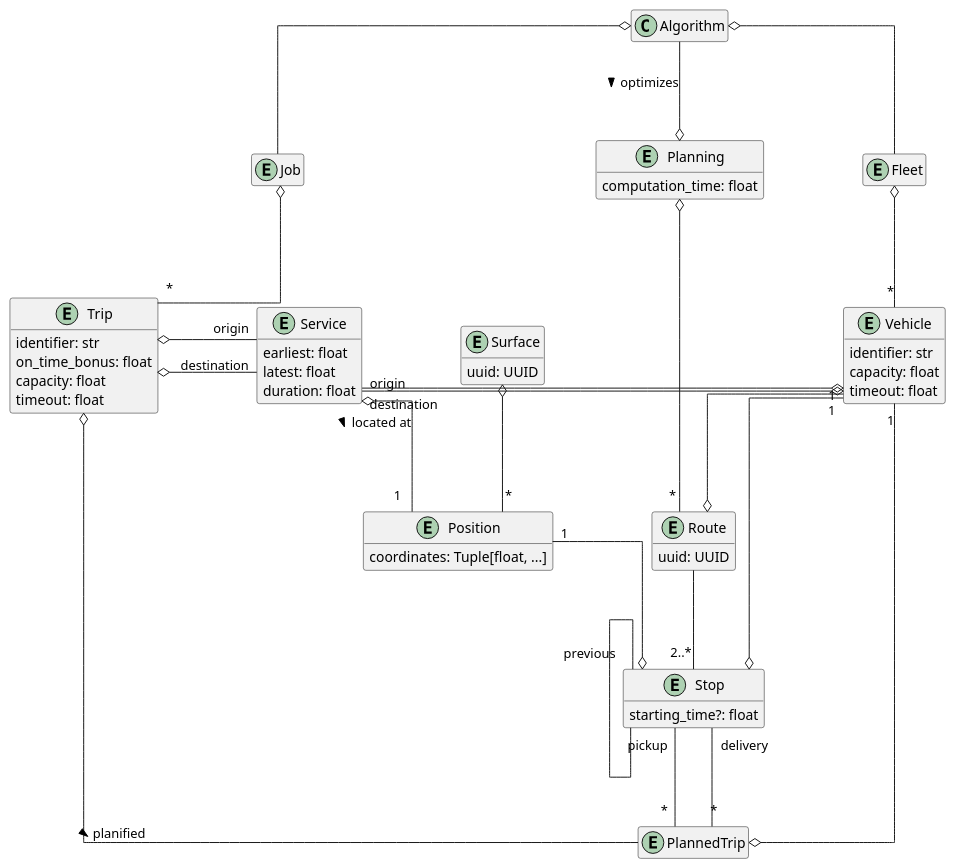
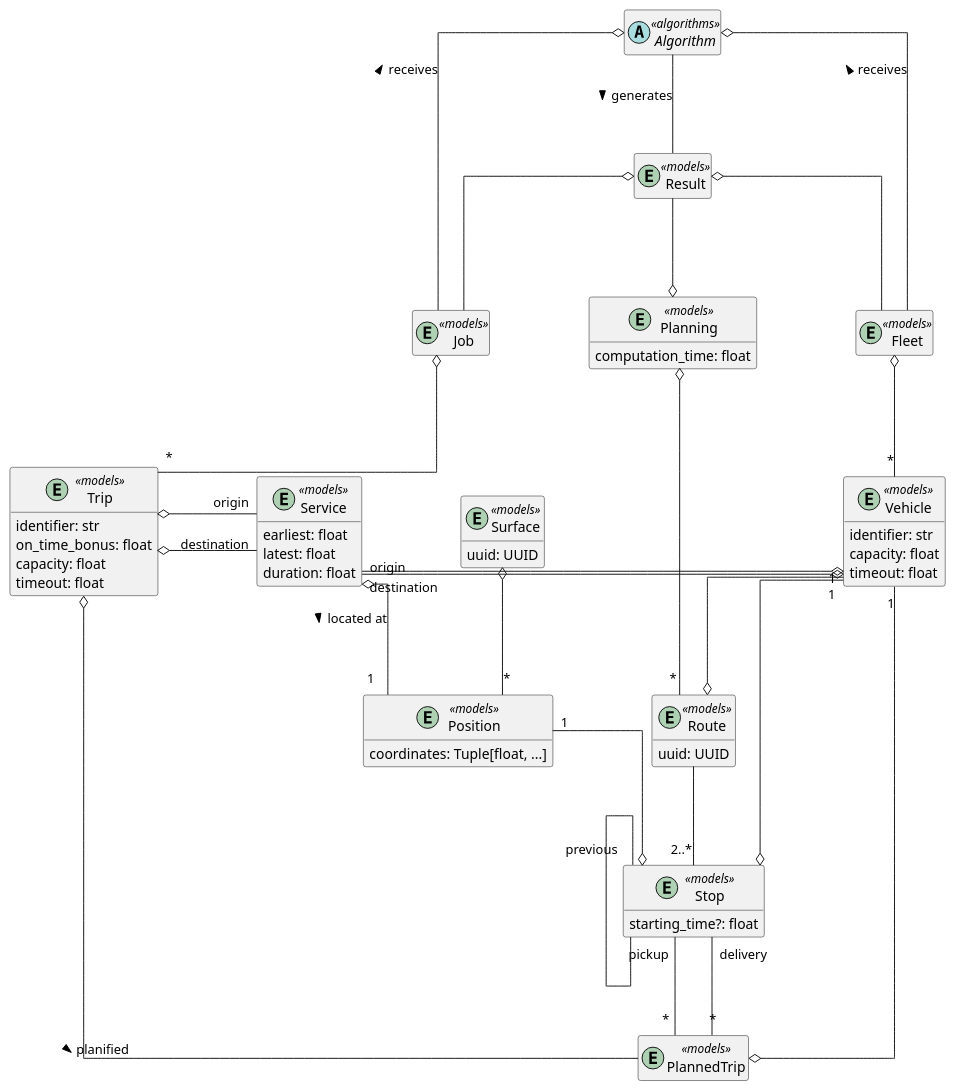
Before and after one commit to garciparedes/jinete: the diagram in _static/data_model.puml, drawn with PlantUML. The commit also changed 219 other files, not shown here.

```diff
--- a/_static/data_model.puml
+++ b/_static/data_model.puml
@@ -1,80 +1,90 @@
 @startuml
 skinparam linetype ortho
 skinparam nodesep 100
 skinparam ranksep 100
 hide empty methods
 hide empty attributes
 
-entity Vehicle {
+abstract class Algorithm <<algorithms>>
+
+entity Vehicle <<models>> {
   identifier: str
   capacity: float
   timeout: float
 }
 
-entity Route {
+entity Route <<models>> {
   uuid: UUID
 }
 
-entity Trip {
+entity Trip <<models>> {
   identifier: str
   on_time_bonus: float
   capacity: float
   timeout: float
 }
 
-entity PlannedTrip {
+entity PlannedTrip <<models>> {
 }
 
-entity Planning {
+entity Planning <<models>> {
   computation_time: float
 }
 
-entity Stop {
+entity Result <<models>> {
+}
+
+
+entity Stop <<models>> {
   starting_time?: float
 }
 
-entity Service {
+entity Service <<models>> {
   earliest: float
   latest: float
   duration: float
 }
 
-entity Job {
+entity Job <<models>> {
 }
 
-entity Fleet {
+entity Fleet <<models>> {
 }
 
-entity Position {
+entity Position <<models>> {
   coordinates: Tuple[float, ...]
 }
 
-entity Surface {
+entity Surface <<models>> {
   uuid: UUID
 }
 
 
+
 Job o-"*" Trip
-Algorithm --o Planning: optimizes >
-Algorithm o-- Fleet
-Algorithm o-- Job
+Algorithm -- Result: generates >
+Result --o Planning
+Result o-- Fleet
+Result o-- Job
+Algorithm o-- Fleet: receives <
+Algorithm o-- Job: receives <
 Planning o--"*" Route
 Trip o- PlannedTrip: planified >
 Trip o-right-"origin" Service
 Trip o-right-"destination" Service
 Service o--"1" Position: located at >
 PlannedTrip "*"-up-"pickup" Stop
 PlannedTrip "*"-up-"delivery" Stop
 Route --"2..*" Stop
 Position "1"-o Stop
 Position "*"-up-o Surface
 Vehicle "1"--o Stop
 Vehicle "1"--o PlannedTrip
 Vehicle "1"-down-o Route
 Stop "previous"-- Stop
 Fleet o--"*" Vehicle
 Vehicle o-left-"origin" Service
 Vehicle o-left-"destination" Service
 
 
 @enduml
```
